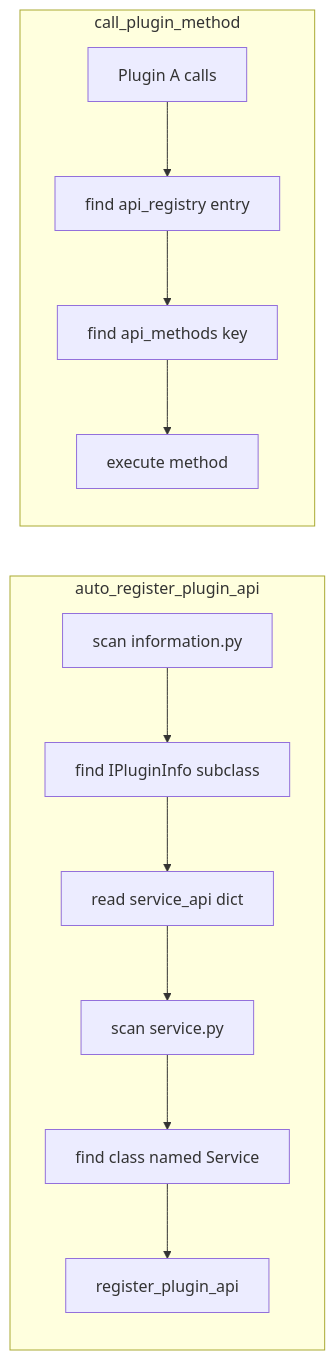
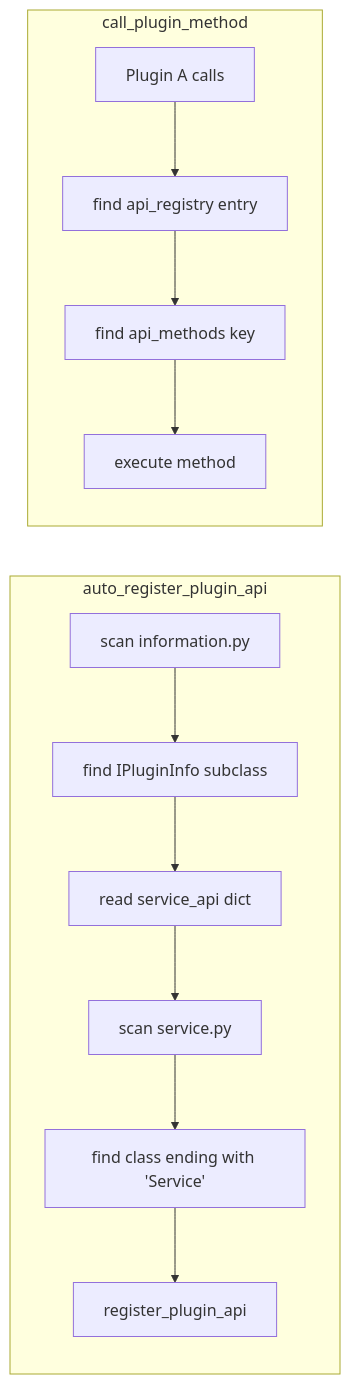
The fifth of 14 diagrams in docs/architecture/full-analysis.md (KKPIP-Tech/InstructionX), drawn with Mermaid before and after one commit. The commit also changed other lines of this file and 3 other files, not shown here.

First line of the commit message:
docs(architecture): 重构文档结构，修正模块关系描述

````diff
--- a/docs/architecture/full-analysis.md
+++ b/docs/architecture/full-analysis.md
@@ -411,16 +418,16 @@
 ```mermaid
 flowchart LR
     subgraph AutoRegister [auto_register_plugin_api]
         A1[scan information.py] --> A2[find IPluginInfo subclass]
         A2 --> A3[read service_api dict]
         A3 --> A4[scan service.py]
-        A4 --> A5[find class named Service]
+        A4 --> A5[find class ending with 'Service']
         A5 --> A6[register_plugin_api]
     end
 
     subgraph CrossPlugin [call_plugin_method]
         B1[Plugin A calls] --> B2[find api_registry entry]
         B2 --> B3[find api_methods key]
         B3 --> B4[execute method]
     end
 ```
````
